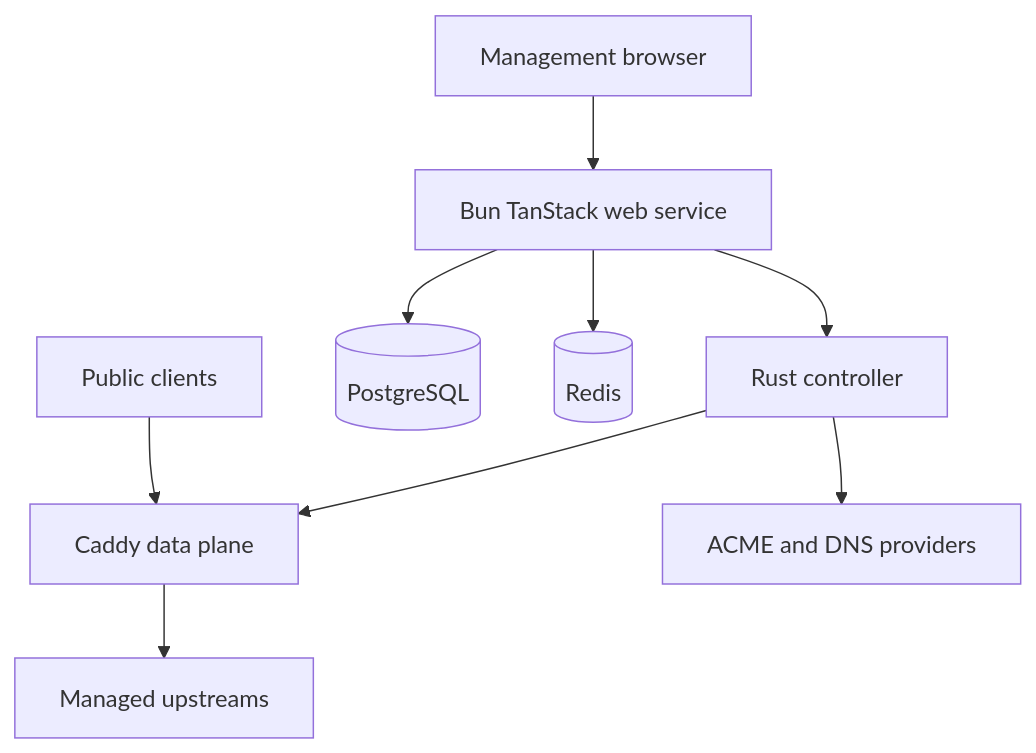
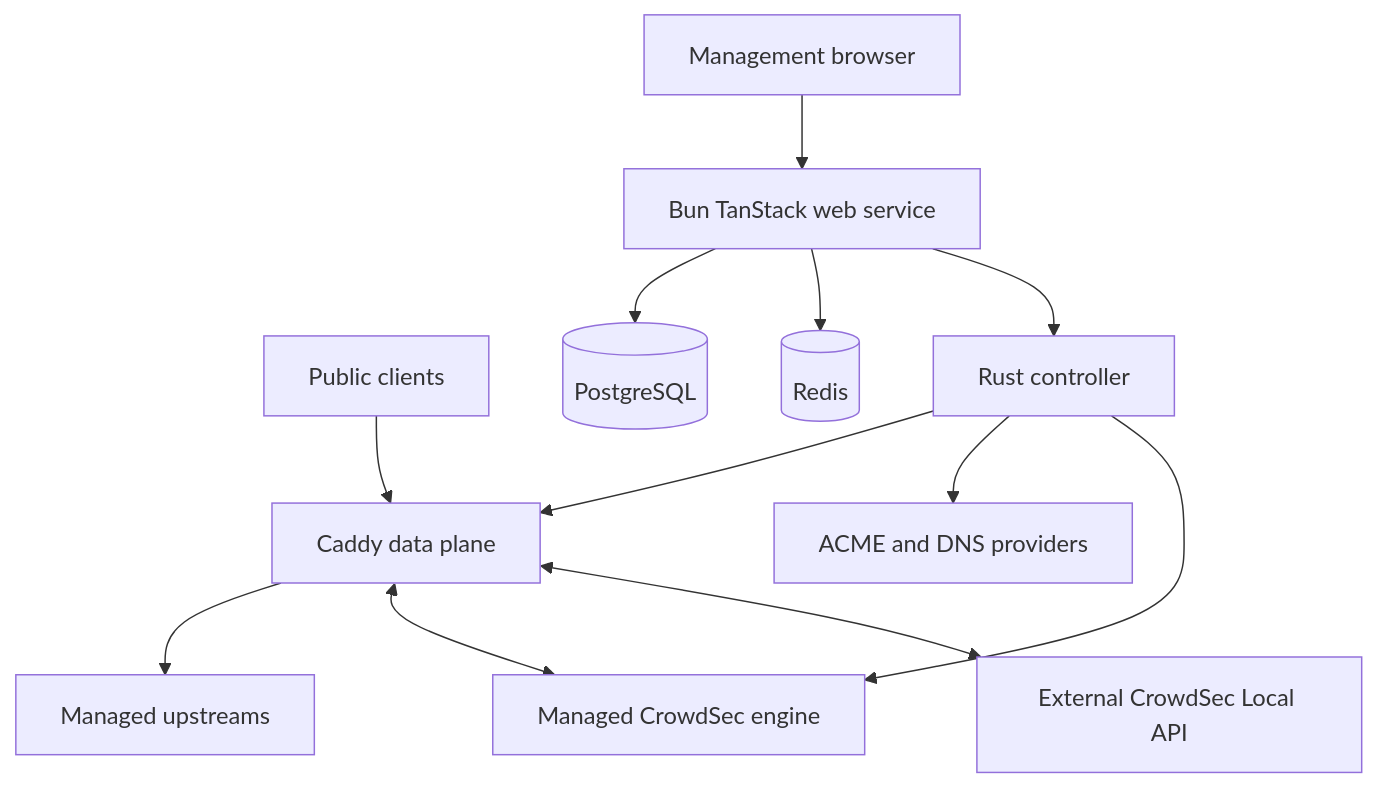
One commit to RentnerKev/RentnerProxy changed the diagram in ARCHITECTURE.md. Above: the diagram before and after it, drawn with Mermaid. The commit also changed other lines of this file and 82 other files, not shown here.

First line of the commit message:
feat: integrate CrowdSec protection (#136)

````diff
--- a/ARCHITECTURE.md
+++ b/ARCHITECTURE.md
@@ -12,11 +12,14 @@
 ```mermaid
 flowchart TD
     U[Management browser] --> W[Bun TanStack web service]
     Q[Public clients] --> D[Caddy data plane]
     W --> P[(PostgreSQL)]
     W --> R[(Redis)]
     W --> C[Rust controller]
     C --> D
     D --> X[Managed upstreams]
     C --> A[ACME and DNS providers]
+    C --> S[Managed CrowdSec engine]
+    D <--> S
+    D <--> E[External CrowdSec Local API]
 ```
````
